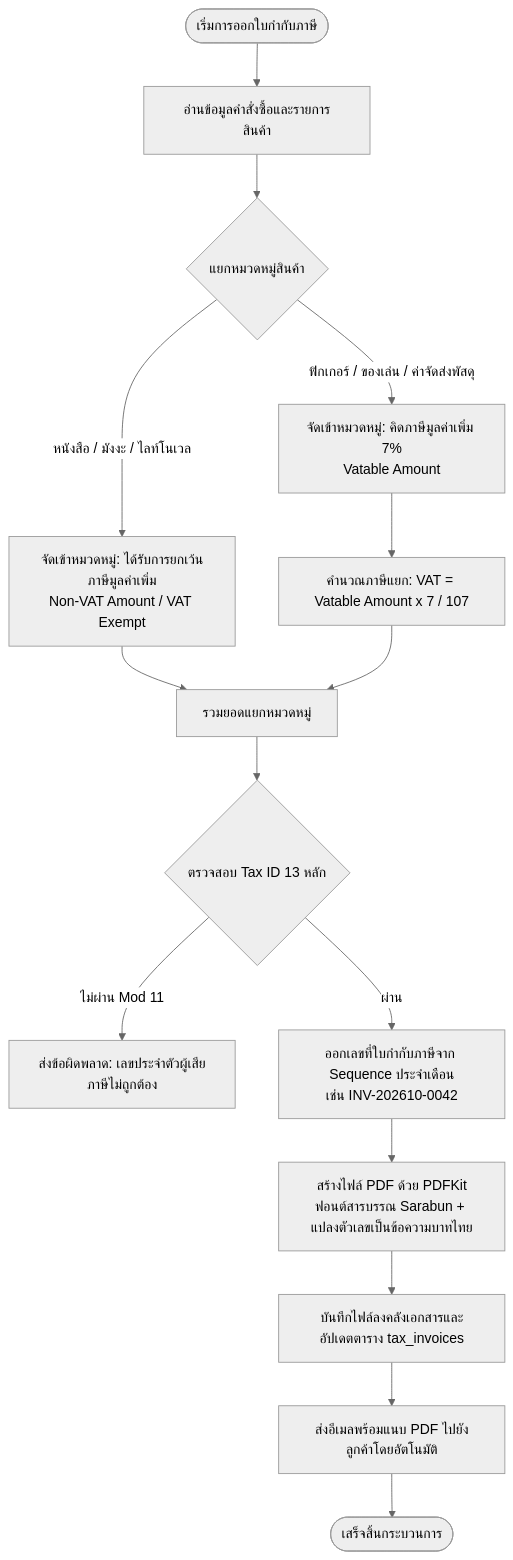
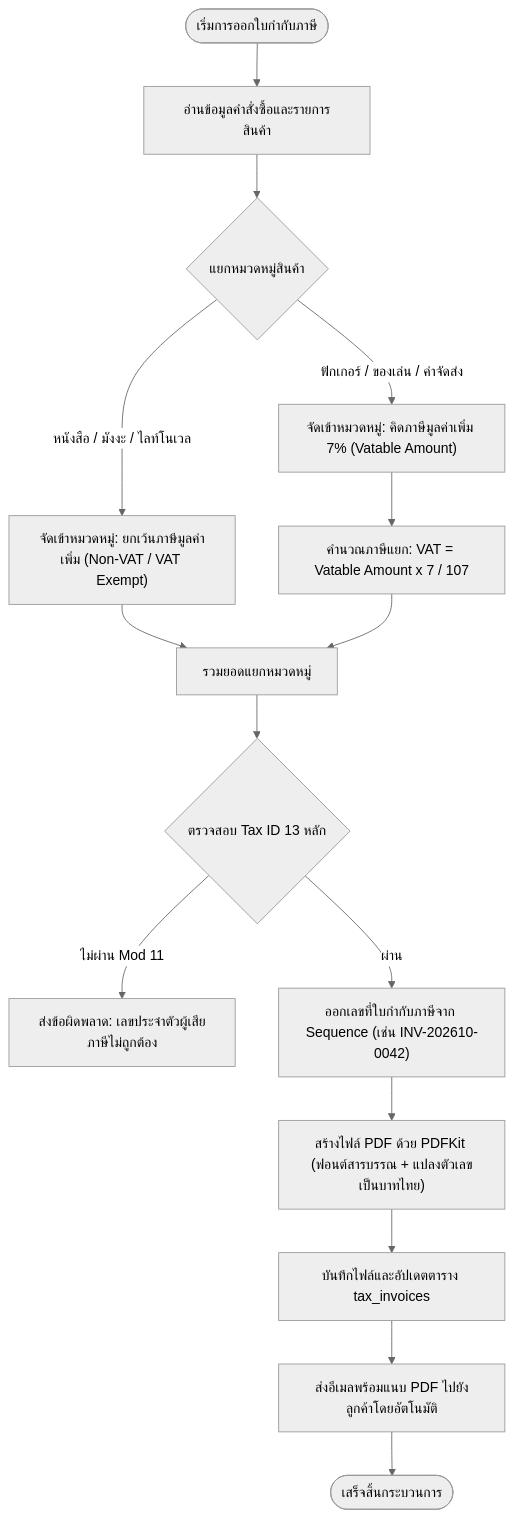
The eighth of 13 diagrams in SYSTEM_ANALYSIS.md (siradechsri-ux/manga-collectibles-store), drawn with Mermaid (neutral theme) before and after one commit. The commit also changed other lines of this file and 7 other files, not shown here.

````diff
--- a/SYSTEM_ANALYSIS.md
+++ b/SYSTEM_ANALYSIS.md
@@ -877,21 +877,21 @@
 ```mermaid
 flowchart TD
-    Start([เริ่มการออกใบกำกับภาษี]) --> ReadOrder[อ่านข้อมูลคำสั่งซื้อและรายการสินค้า]
-    ReadOrder --> SplitItems{แยกหมวดหมู่สินค้า}
-    
-    SplitItems -->|หนังสือ / มังงะ / ไลท์โนเวล| NonVat[จัดเข้าหมวดหมู่: ได้รับการยกเว้นภาษีมูลค่าเพิ่ม<br/>Non-VAT Amount / VAT Exempt]
-    SplitItems -->|ฟิกเกอร์ / ของเล่น / ค่าจัดส่งพัสดุ| Vat7[จัดเข้าหมวดหมู่: คิดภาษีมูลค่าเพิ่ม 7%<br/>Vatable Amount]
-    
-    NonVat --> SumTotal[รวมยอดแยกหมวดหมู่]
-    Vat7 --> CalcVat[คำนวณภาษีแยก: VAT = Vatable Amount x 7 / 107]
+    Start(["เริ่มการออกใบกำกับภาษี"]) --> ReadOrder["อ่านข้อมูลคำสั่งซื้อและรายการสินค้า"]
+    ReadOrder --> SplitItems{"แยกหมวดหมู่สินค้า"}
+
+    SplitItems -->|"หนังสือ / มังงะ / ไลท์โนเวล"| NonVat["จัดเข้าหมวดหมู่: ยกเว้นภาษีมูลค่าเพิ่ม (Non-VAT / VAT Exempt)"]
+    SplitItems -->|"ฟิกเกอร์ / ของเล่น / ค่าจัดส่ง"| Vat7["จัดเข้าหมวดหมู่: คิดภาษีมูลค่าเพิ่ม 7% (Vatable Amount)"]
+
+    NonVat --> SumTotal["รวมยอดแยกหมวดหมู่"]
+    Vat7 --> CalcVat["คำนวณภาษีแยก: VAT = Vatable Amount x 7 / 107"]
     CalcVat --> SumTotal
-    
-    SumTotal --> CheckTaxId{ตรวจสอบ Tax ID 13 หลัก}
-    CheckTaxId -->|ไม่ผ่าน Mod 11| Reject[ส่งข้อผิดพลาด: เลขประจำตัวผู้เสียภาษีไม่ถูกต้อง]
-    CheckTaxId -->|ผ่าน| GenNumber[ออกเลขที่ใบกำกับภาษีจาก Sequence ประจำเดือน<br/>เช่น INV-202610-0042]
-    
-    GenNumber --> GenPDF[สร้างไฟล์ PDF ด้วย PDFKit<br/>ฟอนต์สารบรรณ Sarabun + แปลงตัวเลขเป็นข้อความบาทไทย]
-    GenPDF --> SaveStorage[บันทึกไฟล์ลงคลังเอกสารและอัปเดตตาราง tax_invoices]
-    SaveStorage --> SendMail[ส่งอีเมลพร้อมแนบ PDF ไปยังลูกค้าโดยอัตโนมัติ]
-    SendMail --> Finish([เสร็จสิ้นกระบวนการ])
+
+    SumTotal --> CheckTaxId{"ตรวจสอบ Tax ID 13 หลัก"}
+    CheckTaxId -->|"ไม่ผ่าน Mod 11"| Reject["ส่งข้อผิดพลาด: เลขประจำตัวผู้เสียภาษีไม่ถูกต้อง"]
+    CheckTaxId -->|"ผ่าน"| GenNumber["ออกเลขที่ใบกำกับภาษีจาก Sequence (เช่น INV-202610-0042)"]
+
+    GenNumber --> GenPDF["สร้างไฟล์ PDF ด้วย PDFKit (ฟอนต์สารบรรณ + แปลงตัวเลขเป็นบาทไทย)"]
+    GenPDF --> SaveStorage["บันทึกไฟล์และอัปเดตตาราง tax_invoices"]
+    SaveStorage --> SendMail["ส่งอีเมลพร้อมแนบ PDF ไปยังลูกค้าโดยอัตโนมัติ"]
+    SendMail --> Finish(["เสร็จสิ้นกระบวนการ"])
 ```
````
